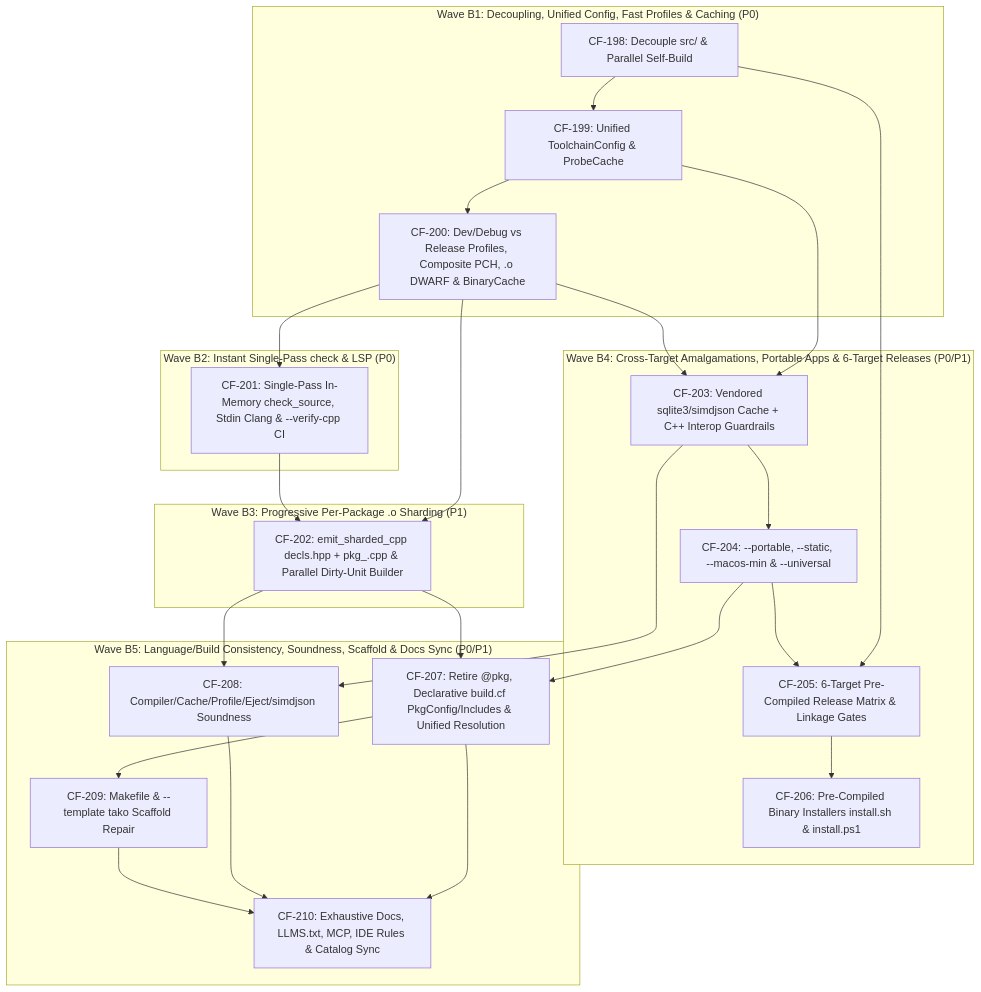
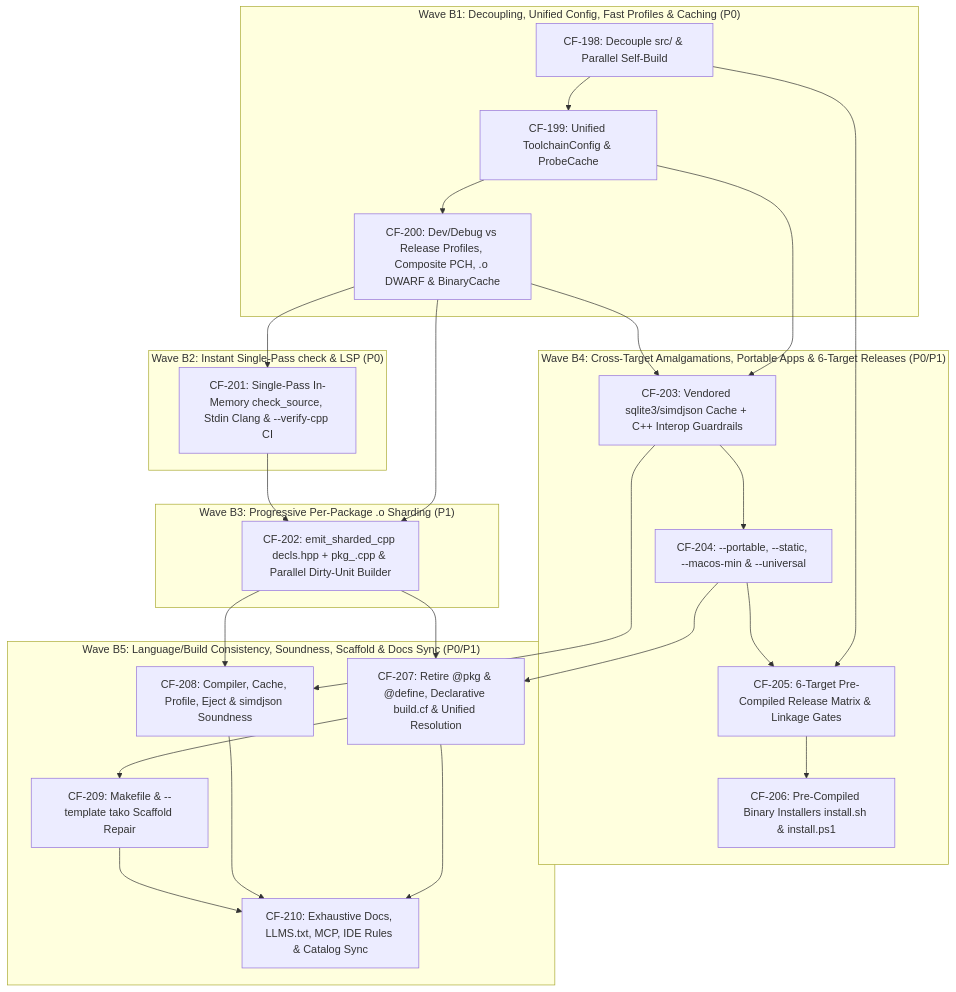
The diagram in docs/planning/backlog-build-distribution.md (gsandoval/cfire), drawn with Mermaid before and after one commit. The commit also changed other lines of this file and 539 other files, not shown here.

First line of the commit message:
feat!: retire @define on import, use descriptive source and test names, and enforce commit hygiene

````diff
--- a/docs/planning/backlog-build-distribution.md
+++ b/docs/planning/backlog-build-distribution.md
@@ -73,45 +73,45 @@
 ```mermaid
 flowchart TD
     subgraph B1 ["Wave B1: Decoupling, Unified Config, Fast Profiles & Caching (P0)"]
         CF198["CF-198: Decouple src/ & Parallel Self-Build"]
         CF199["CF-199: Unified ToolchainConfig & ProbeCache"]
         CF200["CF-200: Dev/Debug vs Release Profiles, Composite PCH, .o DWARF & BinaryCache"]
     end
     subgraph B2 ["Wave B2: Instant Single-Pass check & LSP (P0)"]
         CF201["CF-201: Single-Pass In-Memory check_source, Stdin Clang & --verify-cpp CI"]
     end
     subgraph B3 ["Wave B3: Progressive Per-Package .o Sharding (P1)"]
         CF202["CF-202: emit_sharded_cpp decls.hpp + pkg_.cpp & Parallel Dirty-Unit Builder"]
     end
     subgraph B4 ["Wave B4: Cross-Target Amalgamations, Portable Apps & 6-Target Releases (P0/P1)"]
         CF203["CF-203: Vendored sqlite3/simdjson Cache + C++ Interop Guardrails"]
         CF204["CF-204: --portable, --static, --macos-min & --universal"]
         CF205["CF-205: 6-Target Pre-Compiled Release Matrix & Linkage Gates"]
         CF206["CF-206: Pre-Compiled Binary Installers install.sh & install.ps1"]
     end
     subgraph B5 ["Wave B5: Language/Build Consistency, Soundness, Scaffold & Docs Sync (P0/P1)"]
-        CF207["CF-207: Retire @pkg, Declarative build.cf PkgConfig/Includes & Unified Resolution"]
-        CF208["CF-208: Compiler/Cache/Profile/Eject/simdjson Soundness"]
+        CF207["CF-207: Retire @pkg & @define, Declarative build.cf & Unified Resolution"]
+        CF208["CF-208: Compiler, Cache, Profile, Eject & simdjson Soundness"]
         CF209["CF-209: Makefile & --template tako Scaffold Repair"]
         CF210["CF-210: Exhaustive Docs, LLMS.txt, MCP, IDE Rules & Catalog Sync"]
     end
     CF198 --> CF199
     CF199 --> CF200
     CF200 --> CF201
     CF200 --> CF202
     CF201 --> CF202
     CF199 --> CF203
     CF200 --> CF203
     CF203 --> CF204
     CF198 --> CF205
     CF204 --> CF205
     CF205 --> CF206
     CF202 --> CF207
     CF204 --> CF207
     CF203 --> CF208
     CF202 --> CF208
     CF207 --> CF209
     CF207 --> CF210
     CF208 --> CF210
     CF209 --> CF210
 ```
````
